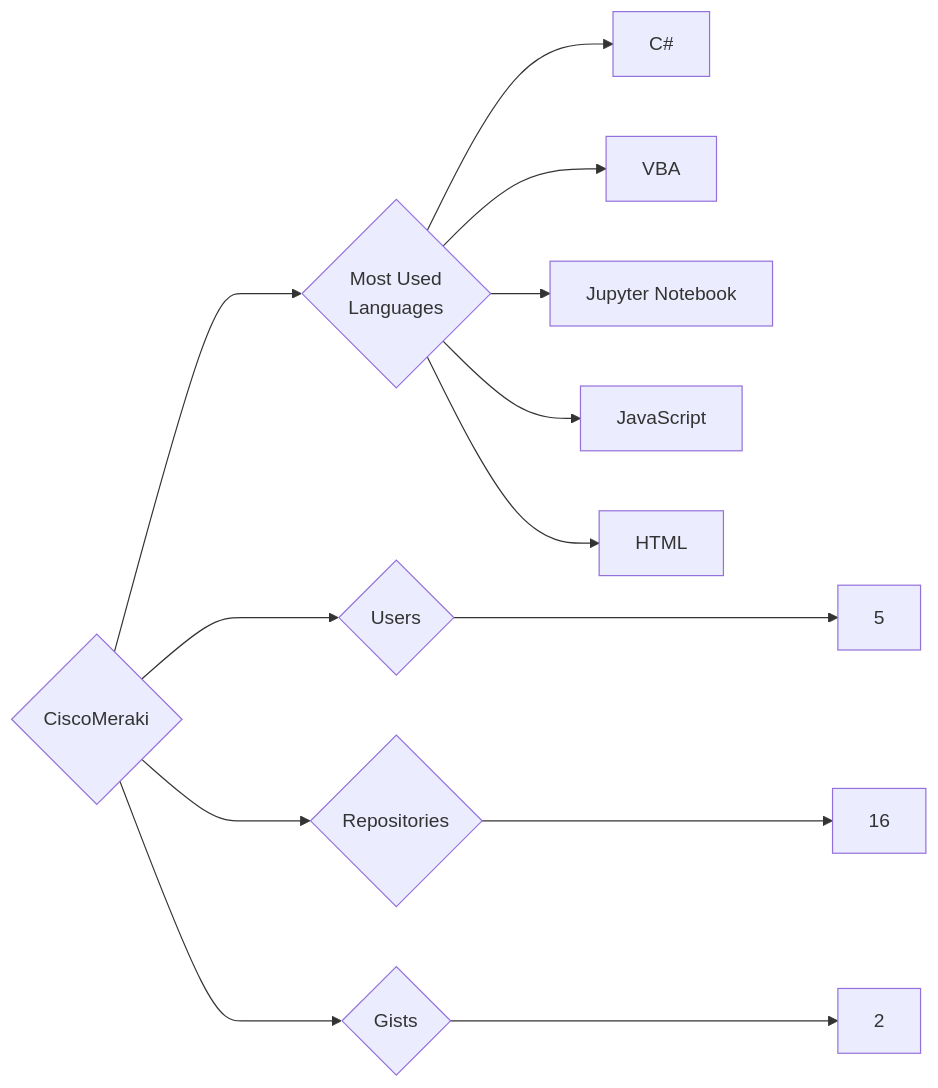
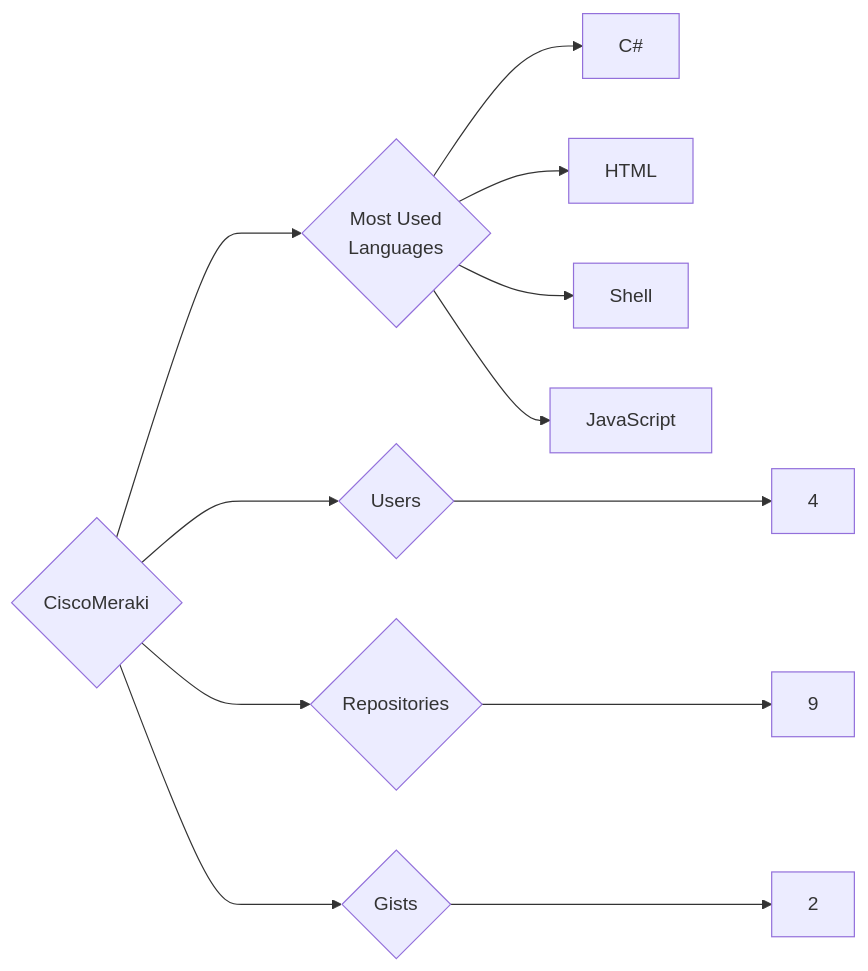
Before and after one commit to trickest/insiders: the diagram in targets/CiscoMeraki/README.md, drawn with Mermaid. The commit also changed 1088 other files, not shown here.

````diff
--- a/targets/CiscoMeraki/README.md
+++ b/targets/CiscoMeraki/README.md
@@ -3,13 +3,12 @@
 ```mermaid
 graph LR
 COMPANY_NAME{CiscoMeraki}
-COMPANY_NAME ---> U{Users} ---> UN[5]
-COMPANY_NAME ---> R{Repositories} ---> RN[16]
+COMPANY_NAME ---> U{Users} ---> UN[4]
+COMPANY_NAME ---> R{Repositories} ---> RN[9]
 COMPANY_NAME ---> G{Gists} ---> GN[2]
 COMPANY_NAME ---> ML{Most Used<br>Languages}
 ML --> C#[C#]
-ML --> VBA[VBA]
-ML --> Jupyter_Notebook[Jupyter Notebook]
+ML --> HTML[HTML]
+ML --> Shell[Shell]
 ML --> JavaScript[JavaScript]
-ML --> HTML[HTML]
 ```
````
